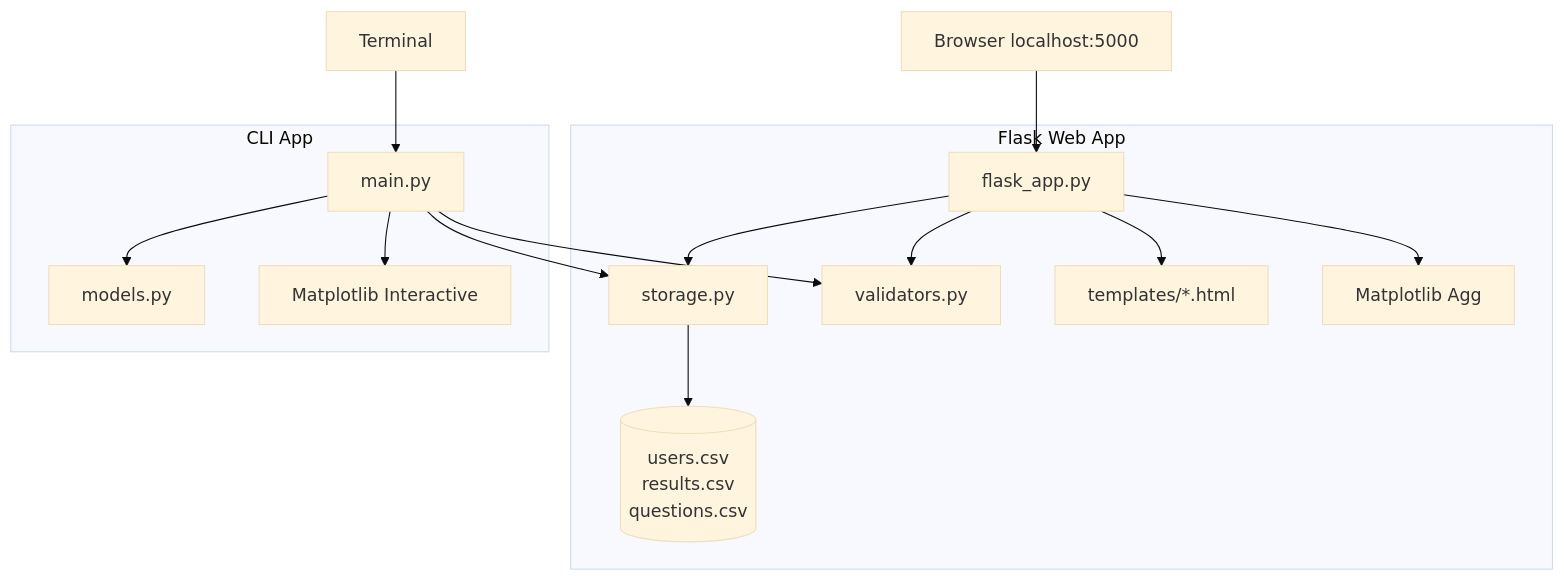
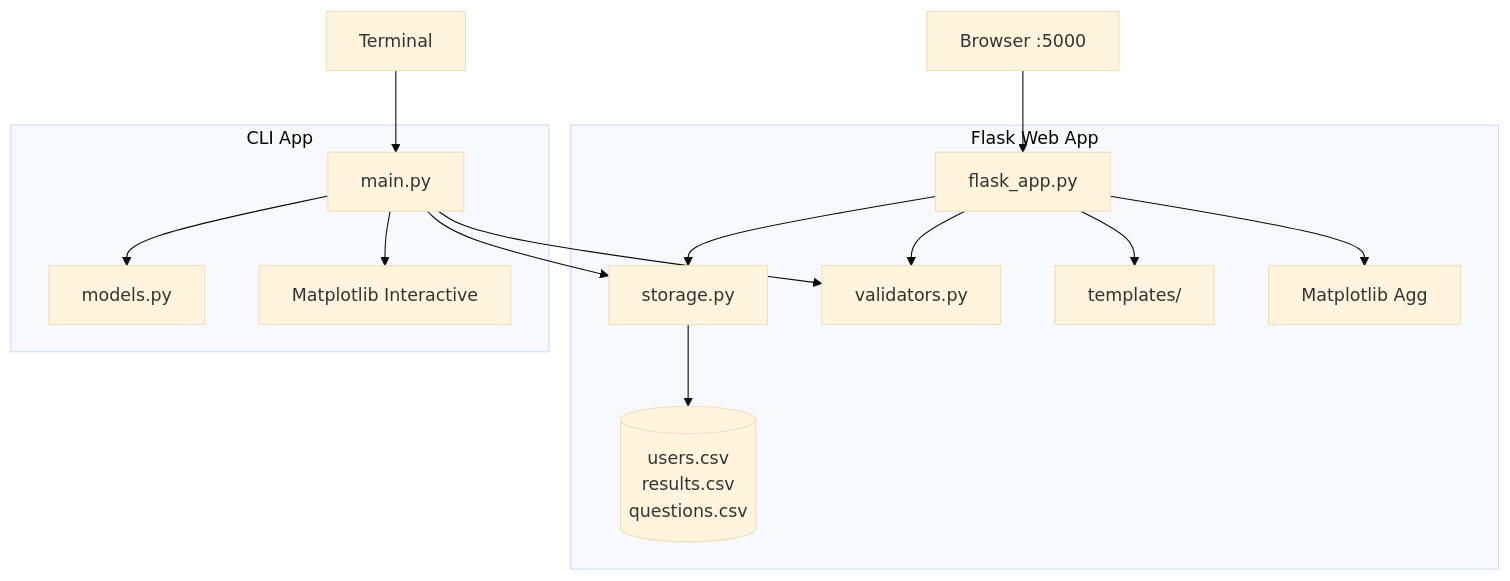
One commit to priyansupattanaik/CDAC_python_project changed the diagram in PROJECT_DOCUMENTATION.md. Above: the diagram before and after it, drawn with Mermaid (base theme). The commit also changed other lines of this file and 19 other files, not shown here.

Commit message:
Remove static site and GitHub Pages; simplify README to Flask and CLI only

````diff
--- a/PROJECT_DOCUMENTATION.md
+++ b/PROJECT_DOCUMENTATION.md
@@ -102,28 +82,23 @@
 ```mermaid
 flowchart TB
-    subgraph flask_stack [Flask Web App]
+    subgraph flask [Flask Web App]
         FA[flask_app.py]
         ST[storage.py]
         VA[validators.py]
         CSV[(users.csv<br/>results.csv<br/>questions.csv)]
-        MT[templates/*.html]
+        TPL[templates/]
         MPL[Matplotlib Agg]
-        FA --> ST
-        FA --> VA
-        FA --> MT
-        FA --> MPL
+        FA --> ST & VA & TPL & MPL
         ST --> CSV
     end
 
-    subgraph cli_stack [CLI App]
+    subgraph cli [CLI App]
         MN[main.py]
         MD[models.py]
-        MN --> ST
-        MN --> MD
-        MN --> VA
+        MN --> ST & MD & VA
         MN --> MPL2[Matplotlib Interactive]
     end
 
-    USER1[Browser localhost:5000] --> FA
-    USER2[Terminal] --> MN
+    B[Browser :5000] --> FA
+    T[Terminal] --> MN
 ```
````
